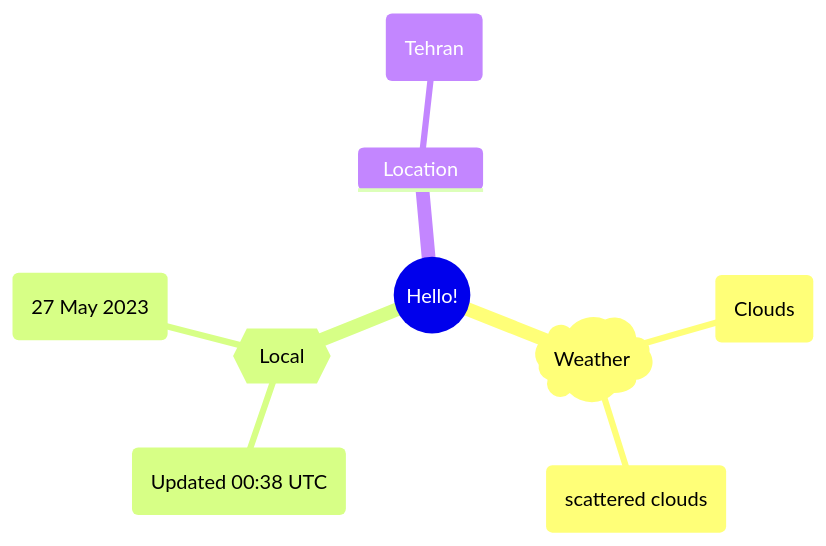
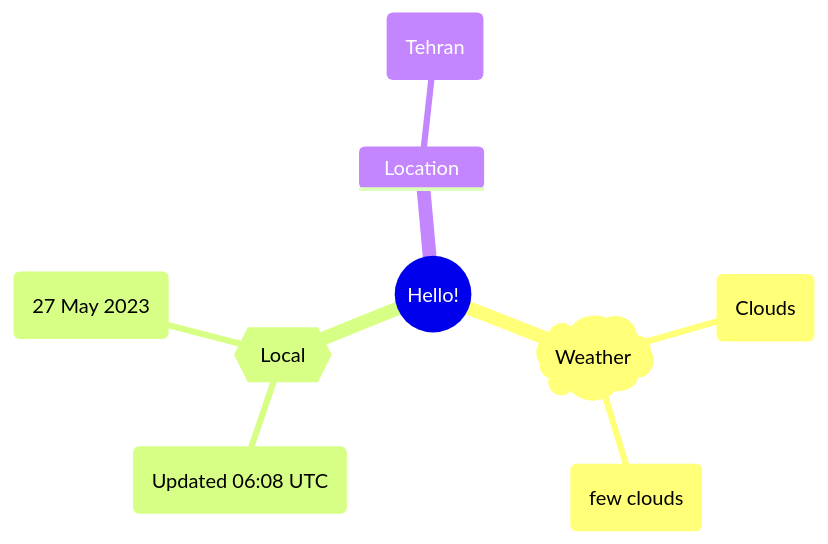
The first of 2 diagrams in README.md (Xosrov/Xosrov), drawn with Mermaid before and after one commit.

Commit message:
[bot] updated images

````diff
--- a/README.md
+++ b/README.md
@@ -3,12 +3,12 @@
 ```mermaid
 mindmap
   root((Hello!))
     )Weather(
         (Clouds)
-        (scattered clouds)
+        (few clouds)
     {{Local}}
-        (Updated 00:38 UTC)
+        (Updated 06:08 UTC)
         (27 May 2023)
     Location
         (Tehran)
 ```
````
